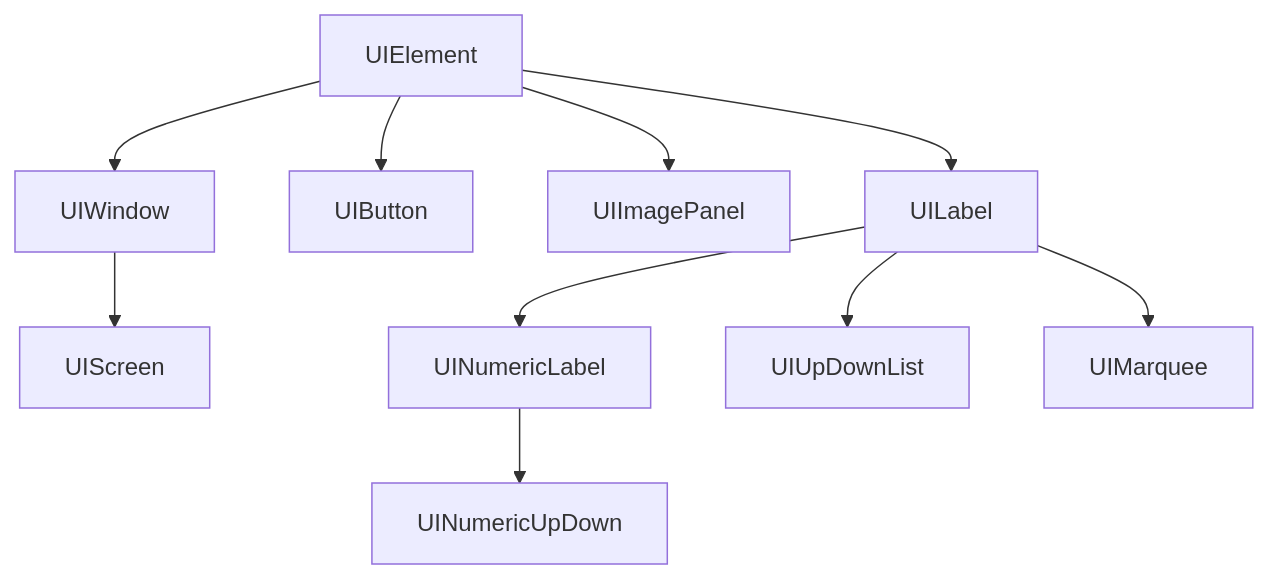
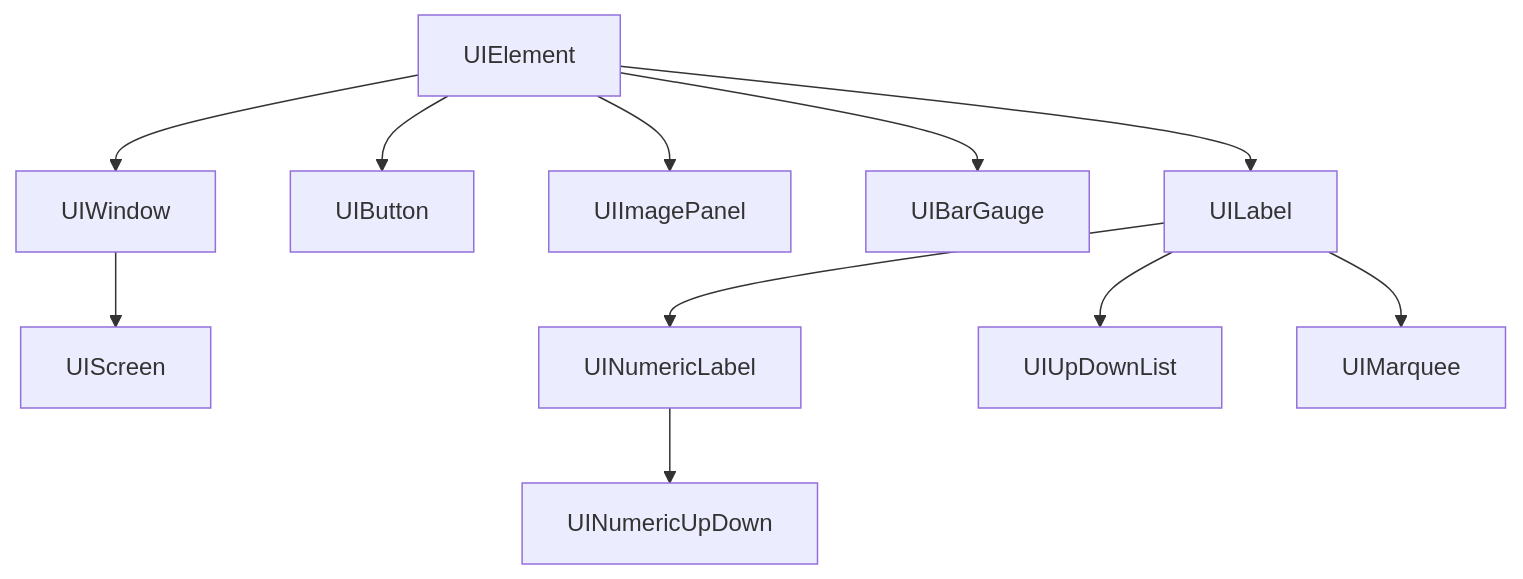
One commit to yamamaya/OaktreeLab_M5LiteUI changed the diagram in README.md. Above: the diagram before and after it, drawn with Mermaid. The commit also changed other lines of this file, not shown here.

````diff
--- a/README.md
+++ b/README.md
@@ -240,12 +230,13 @@
 ```mermaid
 graph TD;
     UIElement-->UIWindow;
     UIWindow-->UIScreen;
     UIElement-->UIButton;
     UIElement-->UIImagePanel;
+    UIElement-->UIBarGauge;
     UIElement-->UILabel;
     UILabel-->UINumericLabel;
     UINumericLabel-->UINumericUpDown;
     UILabel-->UIUpDownList;
     UILabel-->UIMarquee;
 ```
````
